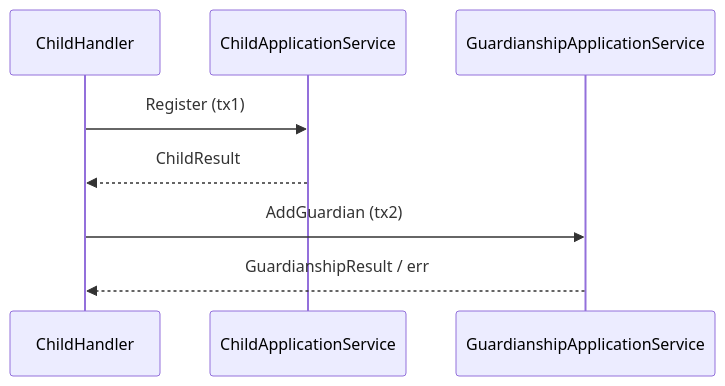
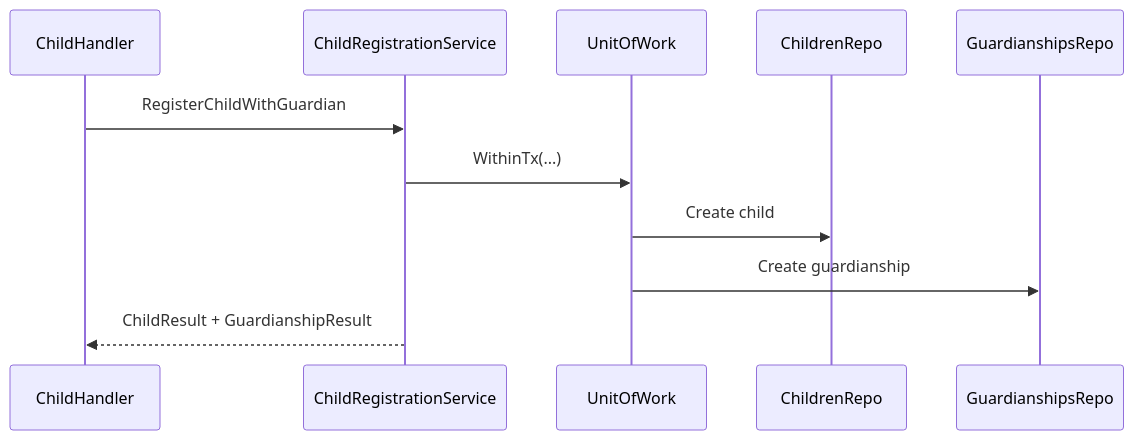
One commit to FangcunMount/iam-contracts changed the fifth of 5 diagrams in docs/02-业务域/03-user-用户&儿童&Guardianship.md. Above: the diagram before and after it, drawn with Mermaid. The commit also changed other lines of this file and 50 other files, not shown here.

Commit message:
pref 用户域重构： - children/register 不再可能留下孤儿 child 记录。 - 对外暴露的 proto、SDK、ACL、README、docs 与真实注册/实现完全一致。 - 缓存治理被明确固定为“只读观测面”，不再暗示控制面能力。

````diff
--- a/docs/02-业务域/03-user-用户&儿童&Guardianship.md
+++ b/docs/02-业务域/03-user-用户&儿童&Guardianship.md
@@ -216,11 +216,14 @@
 ```mermaid
 sequenceDiagram
   participant H as ChildHandler
-  participant C as ChildApplicationService
-  participant G as GuardianshipApplicationService
+  participant UC as ChildRegistrationService
+  participant UOW as UnitOfWork
+  participant C as ChildrenRepo
+  participant G as GuardianshipsRepo
 
-  H->>C: Register (tx1)
-  C-->>H: ChildResult
-  H->>G: AddGuardian (tx2)
-  G-->>H: GuardianshipResult / err
+  H->>UC: RegisterChildWithGuardian
+  UC->>UOW: WithinTx(...)
+  UOW->>C: Create child
+  UOW->>G: Create guardianship
+  UC-->>H: ChildResult + GuardianshipResult
 ```
````
